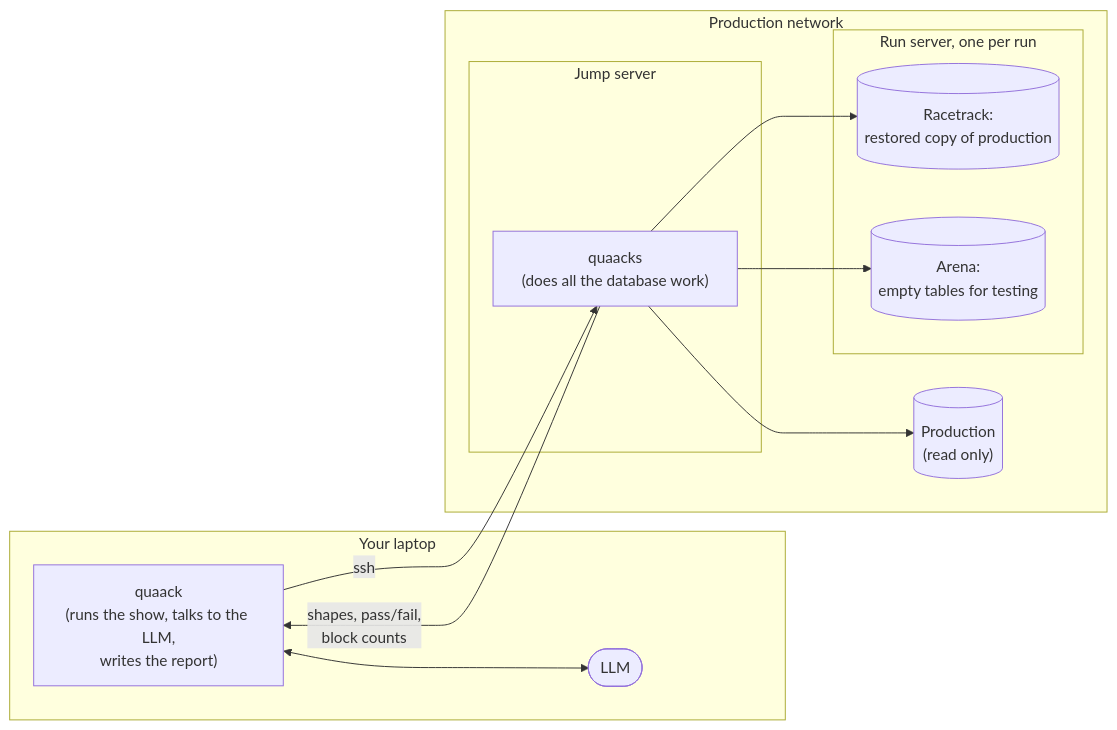
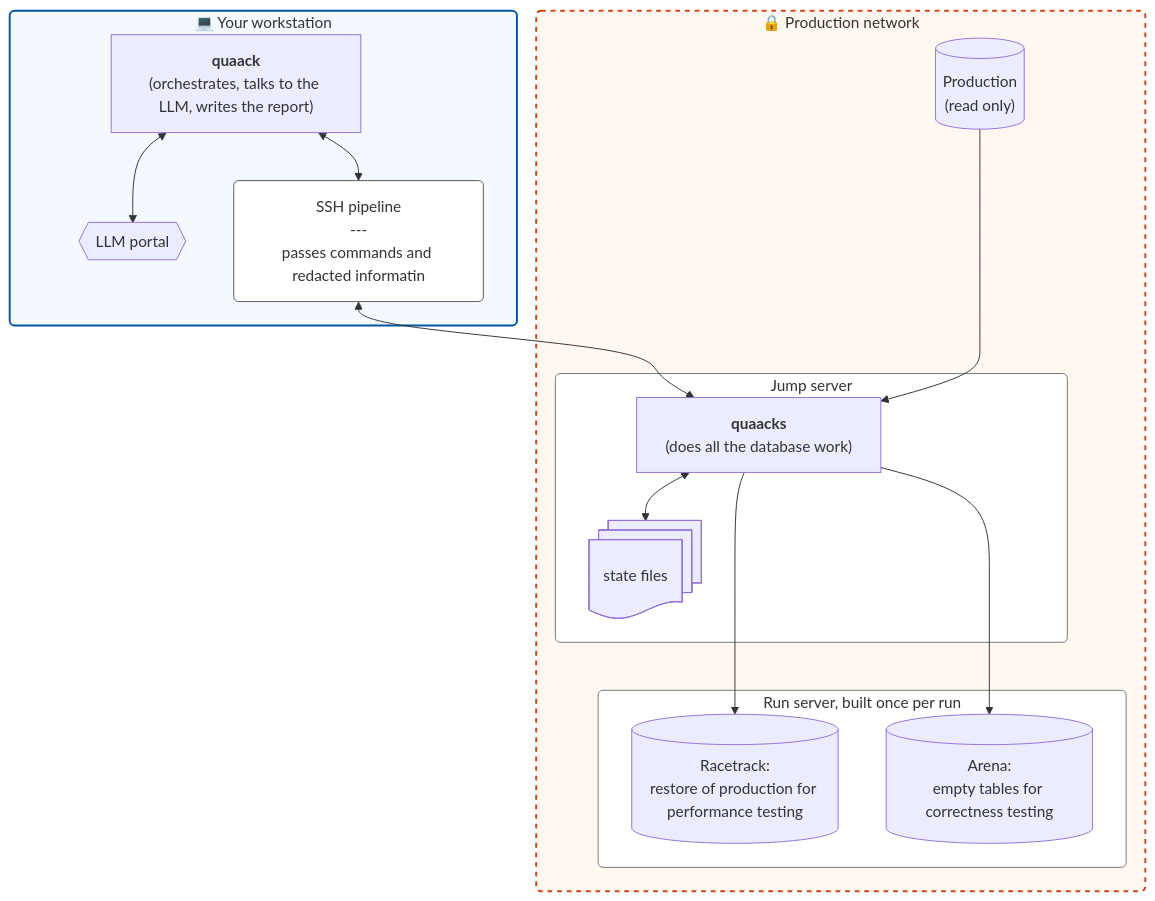
The diagram in README.md (benchub/quaack), drawn with Mermaid before and after one commit. The commit also changed other lines of this file and 1 other file, not shown here.

Commit message:
Docs: clarify the README and DESIGN overviews, and restyle the architecture diagram

````diff
--- a/README.md
+++ b/README.md
@@ -55,23 +52,50 @@
 ```mermaid
-flowchart LR
-    subgraph laptop["Your laptop"]
-        quaack["quaack<br/>(runs the show, talks to the LLM,<br/>writes the report)"]
-        llm(["LLM"])
+flowchart TB
+    %% Define custom styles
+    classDef workstation fill:#f4f9ff,stroke:#0055a4,stroke-width:2px,rx:5,ry:5
+    classDef network fill:#fff8f0,stroke:#d84315,stroke-width:2px,rx:5,ry:5,stroke-dasharray: 5 5
+    classDef server fill:#ffffff,stroke:#757575,stroke-width:1px,rx:5,ry:5
+    
+    %% Updated label style: added a stroke (border) and a white background
+    classDef labelNode fill:#ffffff,stroke:#555,stroke-width:1px,rx:5,ry:5,color:#333
+
+    subgraph laptop["💻 Your workstation"]
+        quaack["<b>quaack</b><br/>(orchestrates, talks to the LLM, writes the report)"]
+        llm{{"LLM portal"}}
+        
+        %% The label node will now render with a visible border inside the workstation
+        edge_lbl["SSH pipeline<br/>---<br/>passes commands and redacted informatin"]:::labelNode
+        
         quaack <--> llm
+        
+        %% Lengthened bidirectional arrow to push the label to the right
+        quaack <--> edge_lbl
     end
-    subgraph enclave["Production network"]
+    class laptop workstation
+
+    subgraph enclave["🔒 Production network"]
         subgraph jump["Jump server"]
-            quaacks["quaacks<br/>(does all the database work)"]
+            quaacks["<b>quaacks</b><br/>(does all the database work)"]
+            store@{ shape: docs, label: "state files" }
+
+            quaacks <--> store
         end
+        class jump server
+        
         prod[("Production<br/>(read only)")]
-        subgraph runsrv["Run server, one per run"]
-            racetrack[("Racetrack:<br/>restored copy of production")]
-            arena[("Arena:<br/>empty tables for testing")]
+        
+        subgraph runsrv["Run server, built once per run"]
+            racetrack[("Racetrack:<br/>restore of production for performance testing")]
+            arena[("Arena:<br/>empty tables for correctness testing")]
         end
+        class runsrv server
     end
-    quaack -- "ssh" --> quaacks
-    quaacks -- "shapes, pass/fail,<br/>block counts" --> quaack
-    quaacks --> prod
-    quaacks --> racetrack
-    quaacks --> arena
+    class enclave network
+
+    %% Connect the label node outward to the jump server
+    edge_lbl <--> quaacks
+    
+    prod ---> quaacks
+    quaacks ---> racetrack
+    quaacks ---> arena
 ```
````
